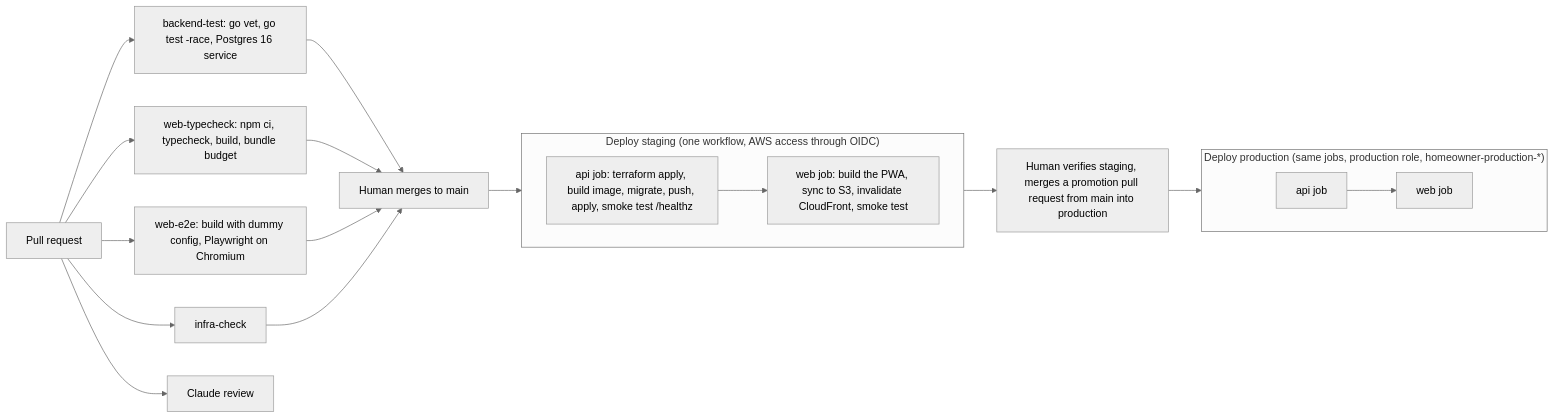
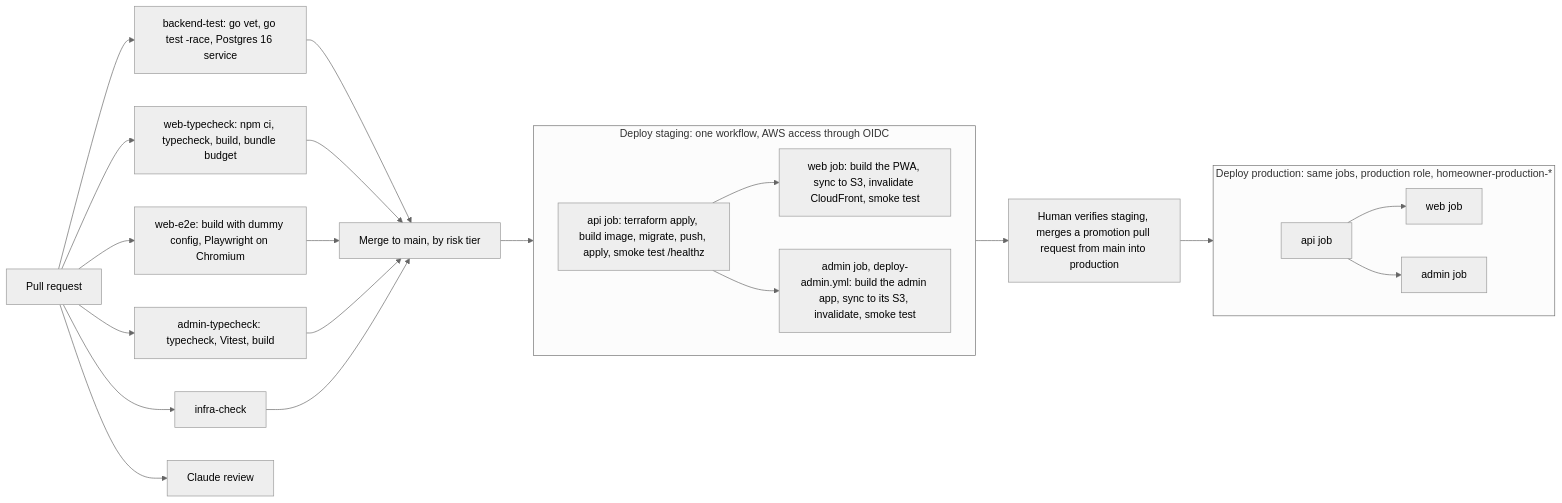
The fourth of 4 diagrams in docs/architecture/infrastructure.md (AbnerWillclefy/Homeowner), drawn with Mermaid (neutral theme) before and after one commit. The commit also changed other lines of this file, not shown here.

Commit message:
docs(architecture): add the admin distribution, group and deploy job to infrastructure

````diff
--- a/docs/architecture/infrastructure.md
+++ b/docs/architecture/infrastructure.md
@@ -111,25 +117,30 @@
 ```mermaid
 flowchart LR
     PR["Pull request"] --> BT["backend-test: go vet, go test -race, Postgres 16 service"]
     PR --> WT["web-typecheck: npm ci, typecheck, build, bundle budget"]
     PR --> E2E["web-e2e: build with dummy config, Playwright on Chromium"]
+    PR --> AT["admin-typecheck: typecheck, Vitest, build"]
     PR --> IC["infra-check"]
     PR --> CR["Claude review"]
-    BT --> M["Human merges to main"]
+    BT --> M["Merge to main, by risk tier"]
     WT --> M
     E2E --> M
+    AT --> M
     IC --> M
     M --> DS
-    subgraph DS["Deploy staging (one workflow, AWS access through OIDC)"]
+    subgraph DS["Deploy staging: one workflow, AWS access through OIDC"]
       direction LR
       api["api job: terraform apply, build image, migrate, push, apply, smoke test /healthz"]
       web["web job: build the PWA, sync to S3, invalidate CloudFront, smoke test"]
+      adm["admin job, deploy-admin.yml: build the admin app, sync to its S3, invalidate, smoke test"]
       api --> web
+      api --> adm
     end
     DS --> V["Human verifies staging, merges a promotion pull request from main into production"]
     V --> DP
-    subgraph DP["Deploy production (same jobs, production role, homeowner-production-*)"]
+    subgraph DP["Deploy production: same jobs, production role, homeowner-production-*"]
       direction LR
       papi["api job"] --> pweb["web job"]
+      papi --> padm["admin job"]
     end
 ```
````
